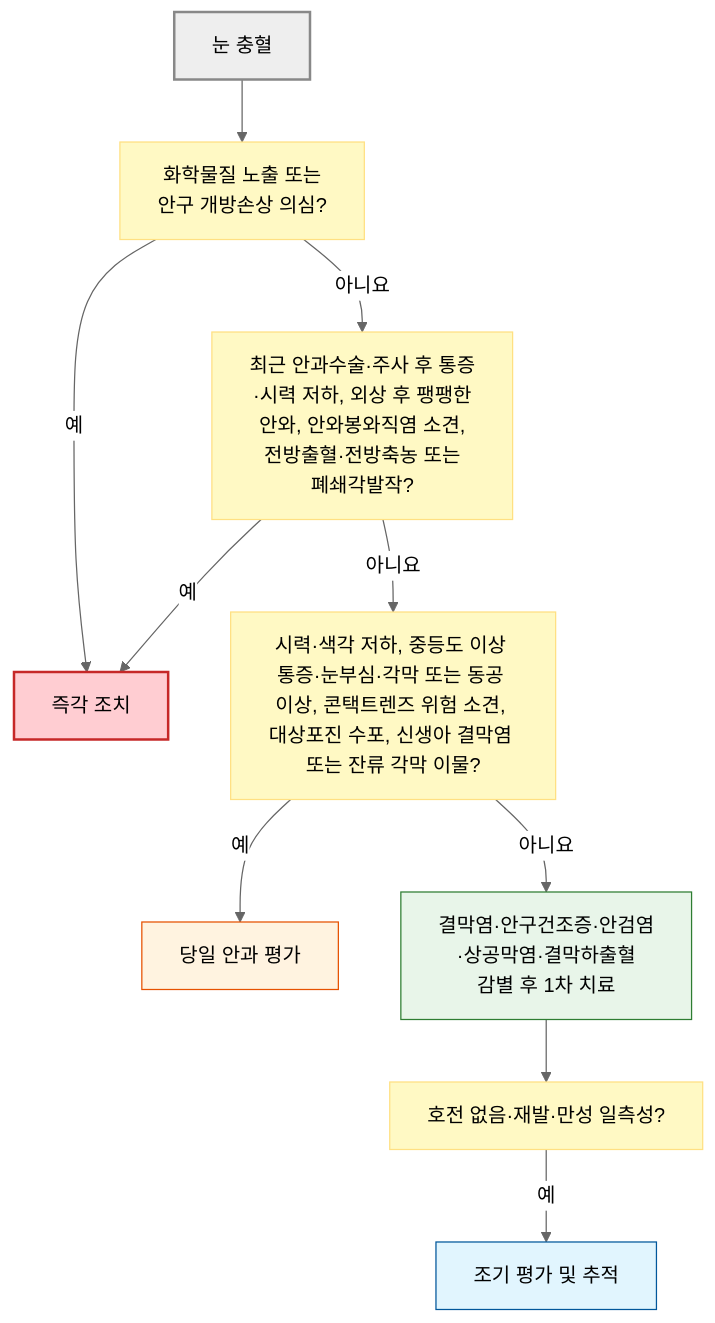
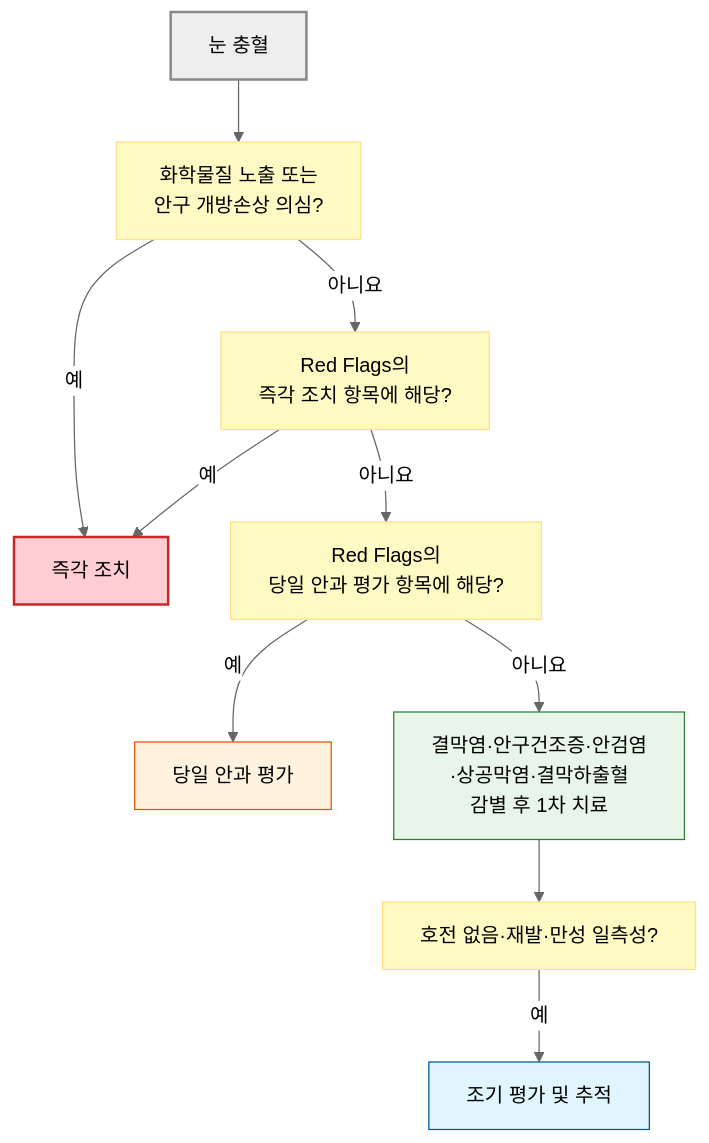
One commit to familyoh77/familyoh77 changed the first of 2 diagrams in 222_/037_-red-eye.md. Above: the diagram before and after it, drawn with Mermaid (neutral theme). The commit also changed other lines of this file, not shown here.

````diff
--- a/222_/037_-red-eye.md
+++ b/222_/037_-red-eye.md
@@ -129,19 +130,19 @@
 ```mermaid
 flowchart TD
     A["눈 충혈"] --> B["화학물질 노출 또는 <br/>안구 개방손상 의심?"]
     B -- "예" --> C["즉각 조치"]
-    B -- "아니요" --> D["최근 안과수술·주사 후 통증<br/>·시력 저하, 외상 후 팽팽한 <br/>안와, 안와봉와직염 소견, <br/>전방출혈·전방축농 또는 <br/>폐쇄각발작?"]
+    B -- "아니요" --> D["Red Flags의 <br/>즉각 조치 항목에 해당?"]
     D -- "예" --> C
-    D -- "아니요" --> E["시력·색각 저하, 중등도 이상 <br/>통증·눈부심·각막 또는 동공 이상, 콘택트렌즈 위험 소견, <br/>대상포진 수포, 신생아 결막염 또는 잔류 각막 이물?"]
+    D -- "아니요" --> E["Red Flags의 <br/>당일 안과 평가 항목에 해당?"]
     E -- "예" --> F["당일 안과 평가"]
     E -- "아니요" --> G["결막염·안구건조증·안검염<br/>·상공막염·결막하출혈 <br/>감별 후 1차 치료"]
     G --> H["호전 없음·재발·만성 일측성?"]
     H -- "예" --> I["조기 평가 및 추적"]
     style A fill:#eeeeee,stroke:#888888,stroke-width:2px
     classDef yellow fill:#fff9c4,stroke:#ffe082
     class B,D,E,H yellow
     style C fill:#ffcdd2,stroke:#c62828,stroke-width:2px
     style F fill:#fff3e0,stroke:#e65100
     style I fill:#e1f5fe,stroke:#01579b
     style G fill:#e8f5e9,stroke:#2e7d32
 ```
````
